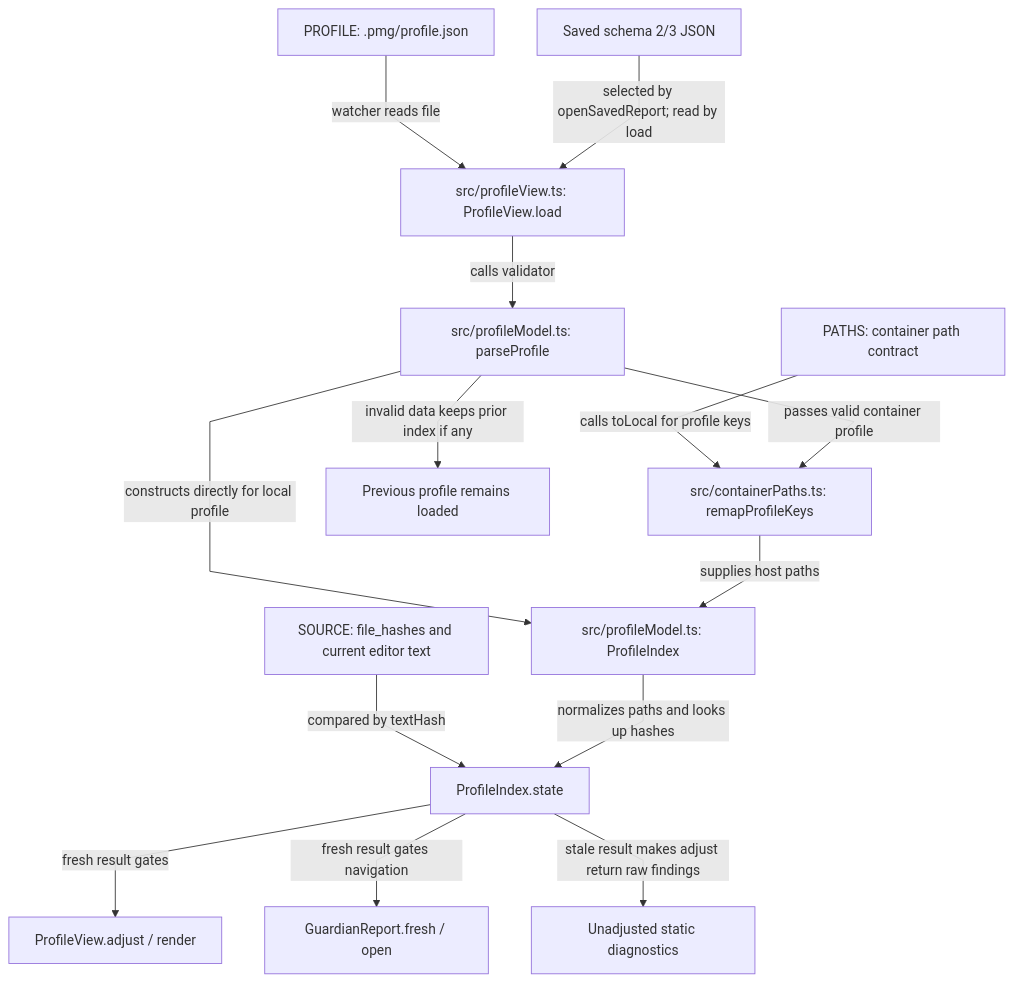
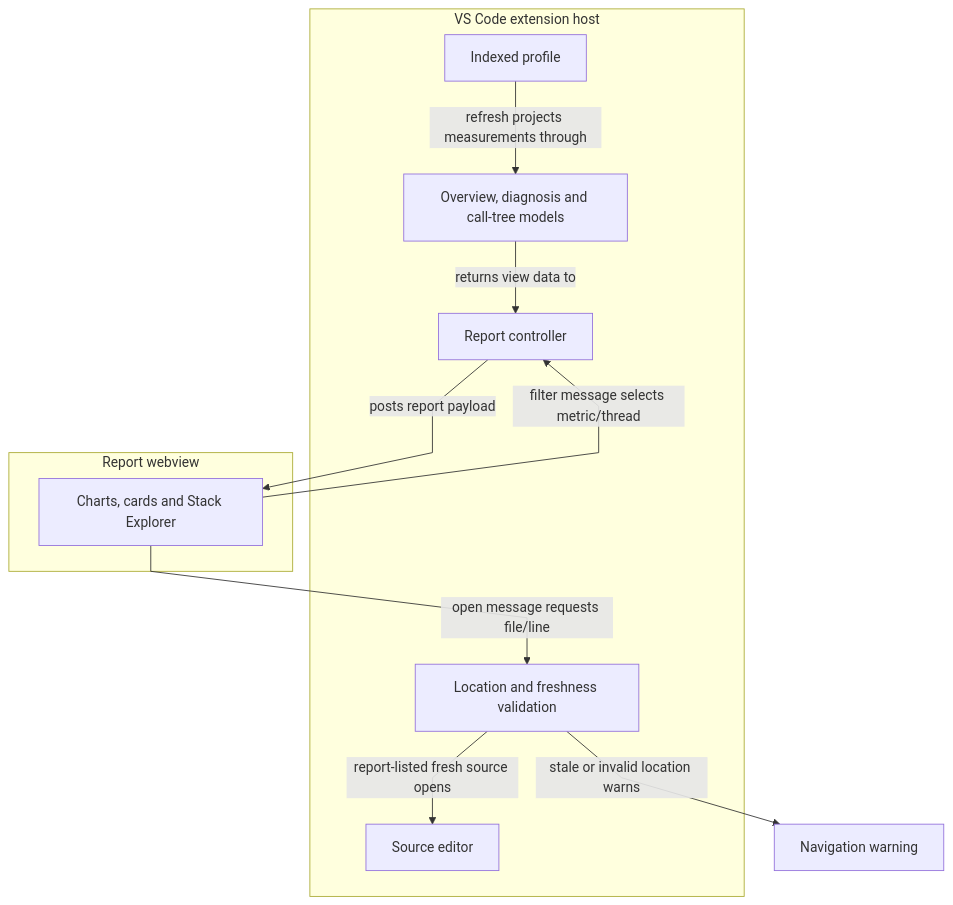
One commit to AashishTangnami/python-memory-guardian changed the sixth of 11 diagrams in docs/feature-map.md. Above: the diagram before and after it, drawn with Mermaid. The commit also changed other lines of this file and 11 other files, not shown here.

````diff
--- a/docs/feature-map.md
+++ b/docs/feature-map.md
@@ -284,17 +293,21 @@
 ```mermaid
 %%{init: {"fontFamily":"Inter, ui-sans-serif, system-ui, sans-serif","flowchart":{"curve":"linear","nodeSpacing":50,"rankSpacing":60},"layout":"dagre"}}%%
 flowchart TD
-    PROFILE["PROFILE: .pmg/profile.json"] -->|watcher reads file| Load["src/profileView.ts: ProfileView.load"]
-    Saved["Saved schema 2/3 JSON"] -->|selected by openSavedReport; read by load| Load
-    Load -->|calls validator| Parse["src/profileModel.ts: parseProfile"]
-    Parse -->|constructs directly for local profile| Index["src/profileModel.ts: ProfileIndex"]
-    PATHS["PATHS: container path contract"] -->|calls toLocal for profile keys| Remap["src/containerPaths.ts: remapProfileKeys"]
-    Parse -->|passes valid container profile| Remap
-    Remap -->|supplies host paths| Index
-    SOURCE["SOURCE: file_hashes and current editor text"] -->|compared by textHash| State["ProfileIndex.state"]
-    Index -->|normalizes paths and looks up hashes| State
-    State -->|fresh result gates| Editor["ProfileView.adjust / render"]
-    State -->|fresh result gates navigation| Nav["GuardianReport.fresh / open"]
-    Parse -->|invalid data keeps prior index if any| Old["Previous profile remains loaded"]
-    State -->|stale result makes adjust return raw findings| Stale["Unadjusted static diagnostics"]
+    subgraph EXT["VS Code extension host"]
+      Profile["Indexed profile"]
+      Models["Overview, diagnosis and call-tree models"]
+      Bridge["Report controller"]
+      Check["Location and freshness validation"]
+      Source["Source editor"]
+    end
+    subgraph WEB["Report webview"]
+      Panel["Charts, cards and Stack Explorer"]
+    end
+    Profile -->|refresh projects measurements through| Models
+    Models -->|returns view data to| Bridge
+    Bridge -->|posts report payload| Panel
+    Panel -->|filter message selects metric/thread| Bridge
+    Panel -->|open message requests file/line| Check
+    Check -->|report-listed fresh source opens| Source
+    Check -->|stale or invalid location warns| Warning["Navigation warning"]
 ```
````
